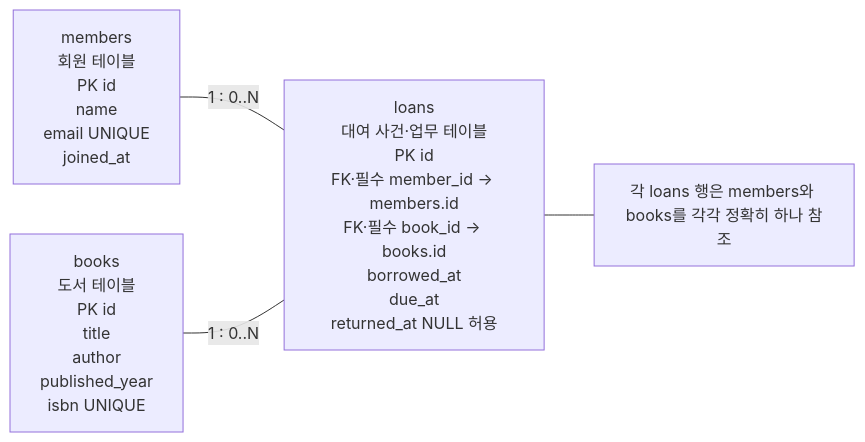
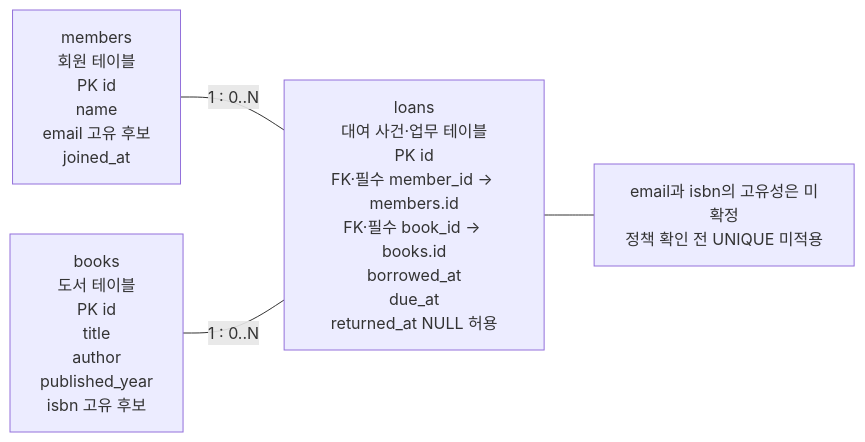
Before and after one commit to GilbertMoon/ai-database-book: the diagram in images/chapter05/ch05_06_library_erd_overview.mmd, drawn with Mermaid.

Commit message:
Sync Chapter 05 ERD source with unconfirmed unique candidates

```diff
--- a/images/chapter05/ch05_06_library_erd_overview.mmd
+++ b/images/chapter05/ch05_06_library_erd_overview.mmd
@@ -1,11 +1,11 @@
 flowchart LR
     %% 선의 방향은 데이터 이동이 아니라 관계 배치를 위한 것임
-    M["members<br/>회원 테이블<br/>PK id<br/>name<br/>email UNIQUE<br/>joined_at"]
+    M["members<br/>회원 테이블<br/>PK id<br/>name<br/>email 고유 후보<br/>joined_at"]
     L["loans<br/>대여 사건·업무 테이블<br/>PK id<br/>FK·필수 member_id → members.id<br/>FK·필수 book_id → books.id<br/>borrowed_at<br/>due_at<br/>returned_at NULL 허용"]
-    B["books<br/>도서 테이블<br/>PK id<br/>title<br/>author<br/>published_year<br/>isbn UNIQUE"]
+    B["books<br/>도서 테이블<br/>PK id<br/>title<br/>author<br/>published_year<br/>isbn 고유 후보"]
 
     M -- "1 : 0..N" --- L
     B -- "1 : 0..N" --- L
 
-    N["각 loans 행은 members와 books를 각각 정확히 하나 참조"]
+    N["email과 isbn의 고유성은 미확정<br/>정책 확인 전 UNIQUE 미적용"]
     L --- N
```
